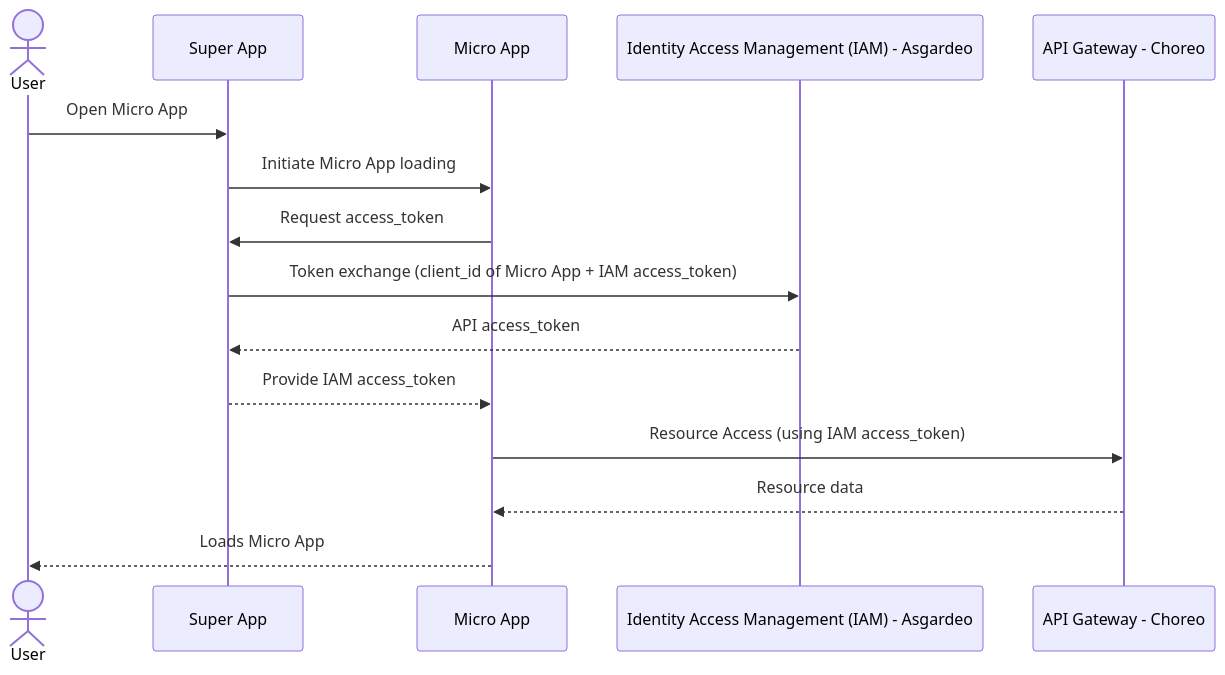
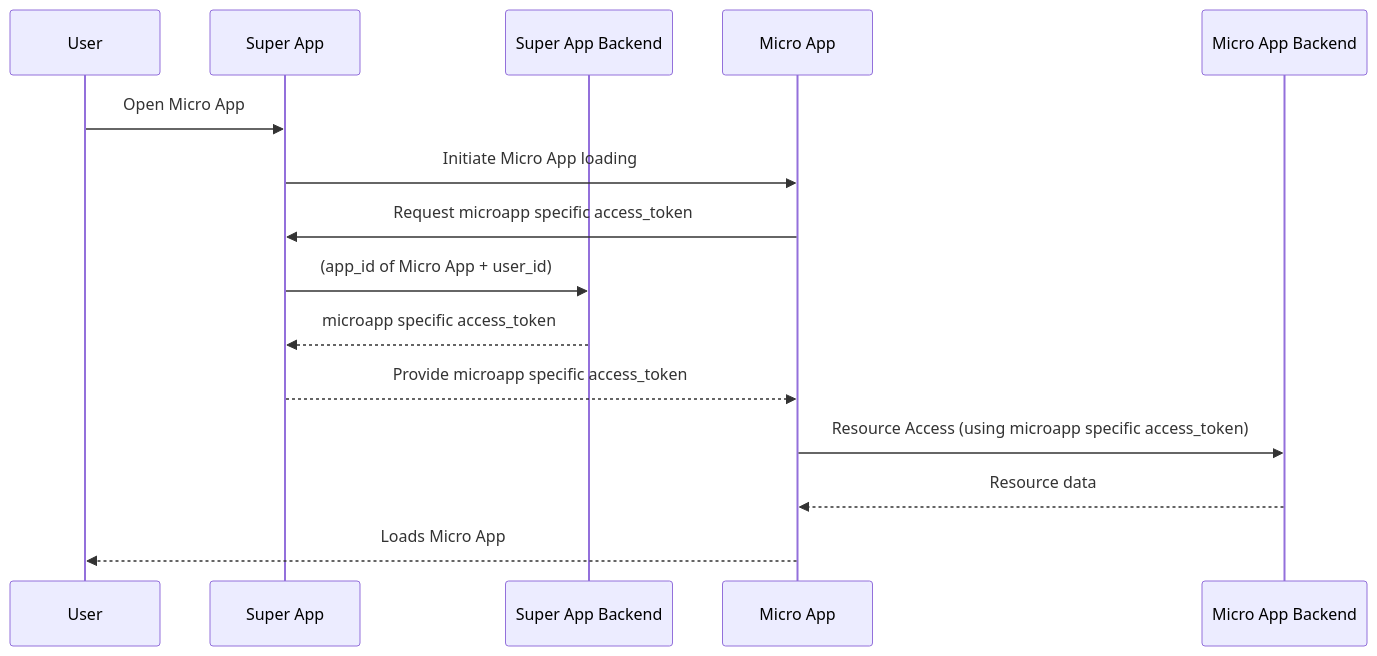
Before and after one commit to opensuperapp/opensuperapp: the diagram in frontend/README.md, drawn with Mermaid. The commit also changed other lines of this file and 179 other files, not shown here.

````diff
--- a/frontend/README.md
+++ b/frontend/README.md
@@ -88,18 +268,17 @@
 ```mermaid
 sequenceDiagram
-    actor User
+    participant User
     participant Super App
+    participant Super App Backend
     participant Micro App
-    participant IAM as Identity Access Management (IAM) - Asgardeo
-    participant Choreo as API Gateway - Choreo
 
     User ->> Super App: Open Micro App
     Super App ->> Micro App: Initiate Micro App loading
-    Micro App ->> Super App: Request access_token
-    Super App ->> IAM: Token exchange (client_id of Micro App + IAM access_token)
-    IAM -->> Super App: API access_token
-    Super App -->> Micro App: Provide IAM access_token
-    Micro App ->> Choreo: Resource Access (using IAM access_token)
-    Choreo -->> Micro App: Resource data
+    Micro App ->> Super App: Request microapp specific access_token
+    Super App ->> Super App Backend: (app_id of Micro App + user_id)
+    Super App Backend -->> Super App: microapp specific access_token
+    Super App -->> Micro App: Provide microapp specific access_token
+    Micro App ->> Micro App Backend: Resource Access (using microapp specific access_token)
+    Micro App Backend -->> Micro App: Resource data
     Micro App -->> User: Loads Micro App
 ```
````
